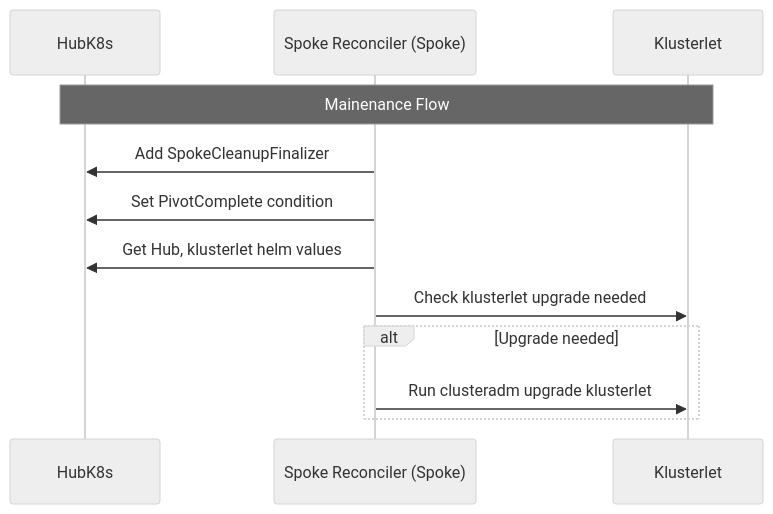
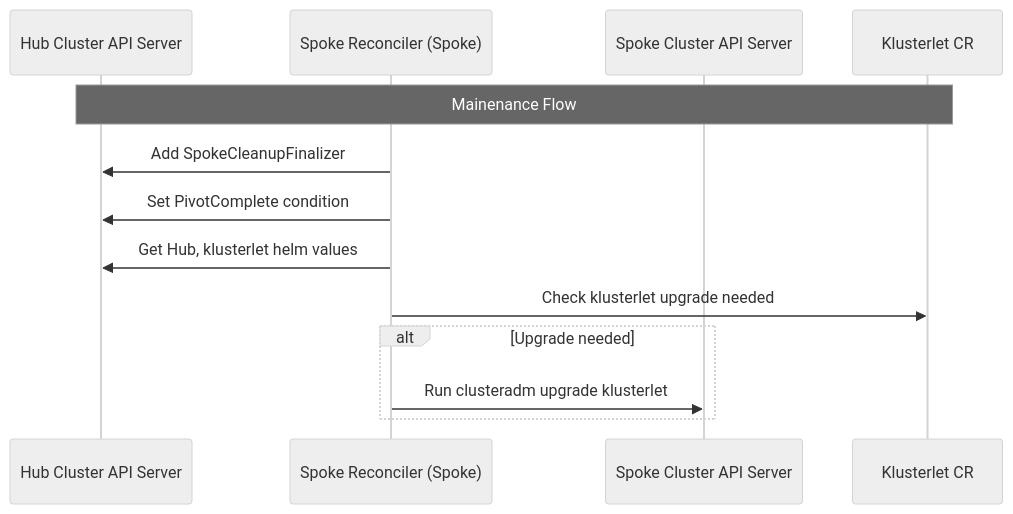
Before and after one commit to open-cluster-management-io/lab: the second of 4 diagrams in fleetconfig-controller/docs/2-phase-spoke-reconcile.md, drawn with Mermaid (neutral theme). The commit also changed other lines of this file, not shown here.

````diff
--- a/fleetconfig-controller/docs/2-phase-spoke-reconcile.md
+++ b/fleetconfig-controller/docs/2-phase-spoke-reconcile.md
@@ -129,15 +130,16 @@
 ```mermaid
 sequenceDiagram
-    participant HubK8s
+    participant HubK8s as Hub Cluster API Server
     participant SpokeController as Spoke Reconciler (Spoke)
-    participant Klusterlet
+    participant SpokeK8s as Spoke Cluster API Server
+    participant Klusterlet as Klusterlet CR
 
     Note over HubK8s, Klusterlet: Mainenance Flow
     SpokeController->>HubK8s: Add SpokeCleanupFinalizer
     SpokeController->>HubK8s: Set PivotComplete condition
     SpokeController->>HubK8s: Get Hub, klusterlet helm values
     SpokeController->>Klusterlet: Check klusterlet upgrade needed
     alt Upgrade needed
-        SpokeController->>Klusterlet: Run clusteradm upgrade klusterlet
+        SpokeController->>SpokeK8s: Run clusteradm upgrade klusterlet
     end
 ```
````
